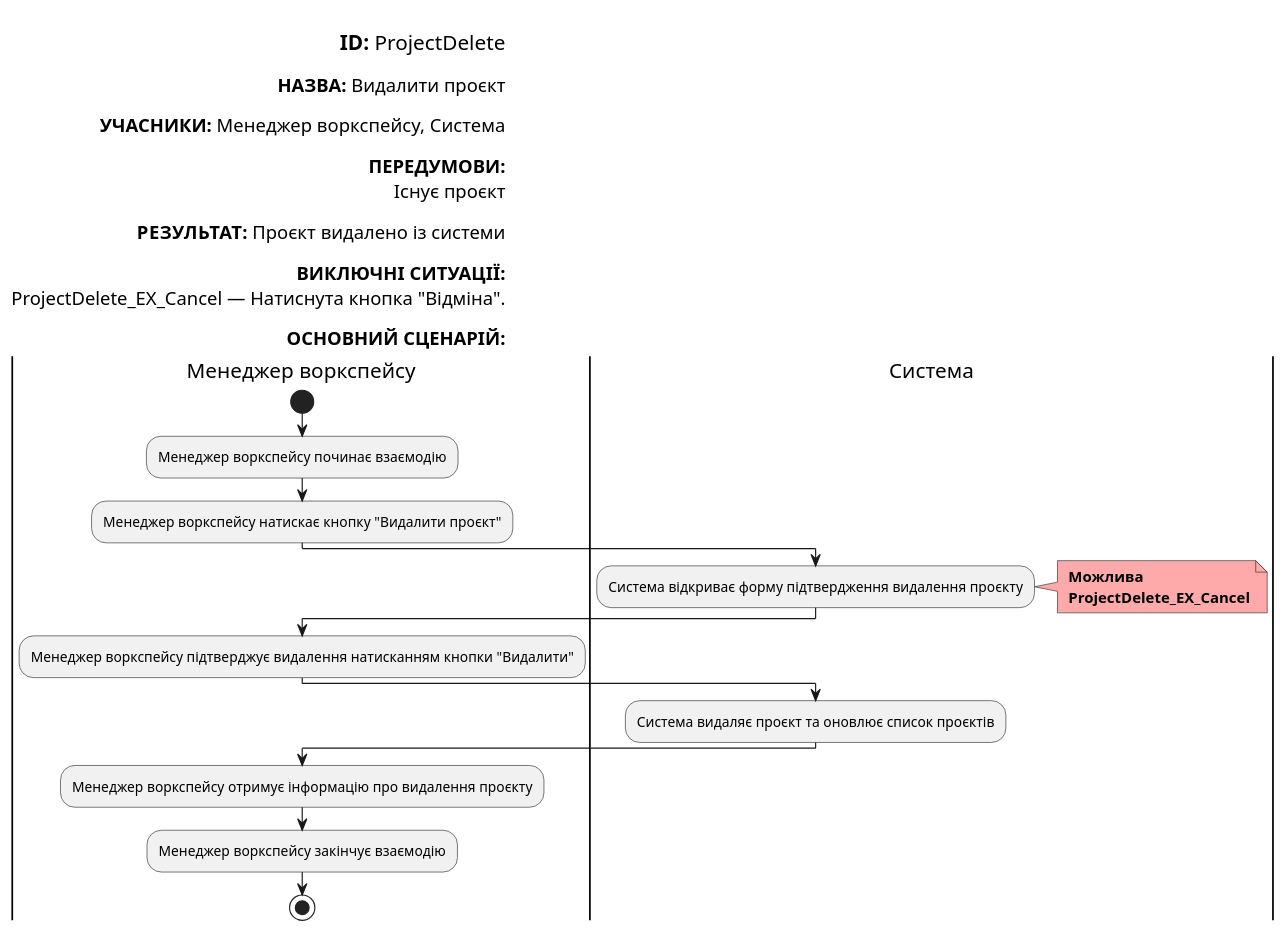
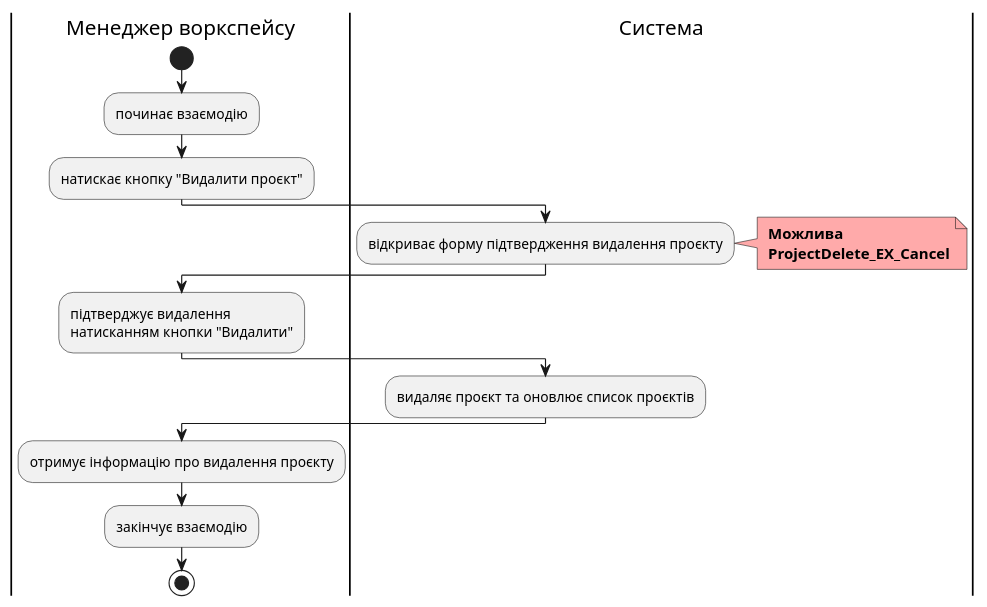
Before and after one commit to yaryna-bashchak/db_course_work: diagram 20 of 24 in docs/use cases/README.md, drawn with PlantUML. The commit also changed other lines of this file, not shown here.

Commit message:
updated diagrams for user cases

```diff
--- a/docs/use cases/README.md
+++ b/docs/use cases/README.md
@@ -1071,48 +1039,30 @@
 @startuml
-
-    left header
-
-        <font color=000 size=18><b>ID:</b> ProjectDelete
-
-        <font color=000 size=16><b>НАЗВА:</b> Видалити проєкт
-
-        <font color=000 size=16><b>УЧАСНИКИ:</b> Менеджер воркспейсу, Система
-
-        <font color=000 size=16><b>ПЕРЕДУМОВИ:</b> 
-        <font color=000 size=16> Існує проєкт
-
-        <font color=000 size=16><b>РЕЗУЛЬТАТ:</b> Проєкт видалено із системи
-        
-        <font color=000 size=16><b>ВИКЛЮЧНІ СИТУАЦІЇ:</b>
-        <font color=000 size=16> ProjectDelete_EX_Cancel — Натиснута кнопка "Відміна".
-
-        <font color=000 size=16><b>ОСНОВНИЙ СЦЕНАРІЙ:</b>
-    end header
 
     |Менеджер воркспейсу|
         start
-        :Менеджер воркспейсу починає взаємодію;
+        :починає взаємодію;
         
-        :Менеджер воркспейсу натискає кнопку "Видалити проєкт";
+        :натискає кнопку "Видалити проєкт";
 
     |Система|
-        :Система відкриває форму підтвердження видалення проєкту;
+        :відкриває форму підтвердження видалення проєкту;
         note right #ffaaaa
         <b> Можлива
         <b> ProjectDelete_EX_Cancel
         end note
 
     |Менеджер воркспейсу|
-        :Менеджер воркспейсу підтверджує видалення натисканням кнопки "Видалити";
+        :підтверджує видалення 
+        натисканням кнопки "Видалити";
         
     |Система|
-        :Система видаляє проєкт та оновлює список проєктів;
+        :видаляє проєкт та оновлює список проєктів;
 
     |Менеджер воркспейсу|
-        :Менеджер воркспейсу отримує інформацію про видалення проєкту;
+        :отримує інформацію про видалення проєкту;
         
-        :Менеджер воркспейсу закінчує взаємодію;
+        :закінчує взаємодію;
 
         stop;
 
 @enduml
```
